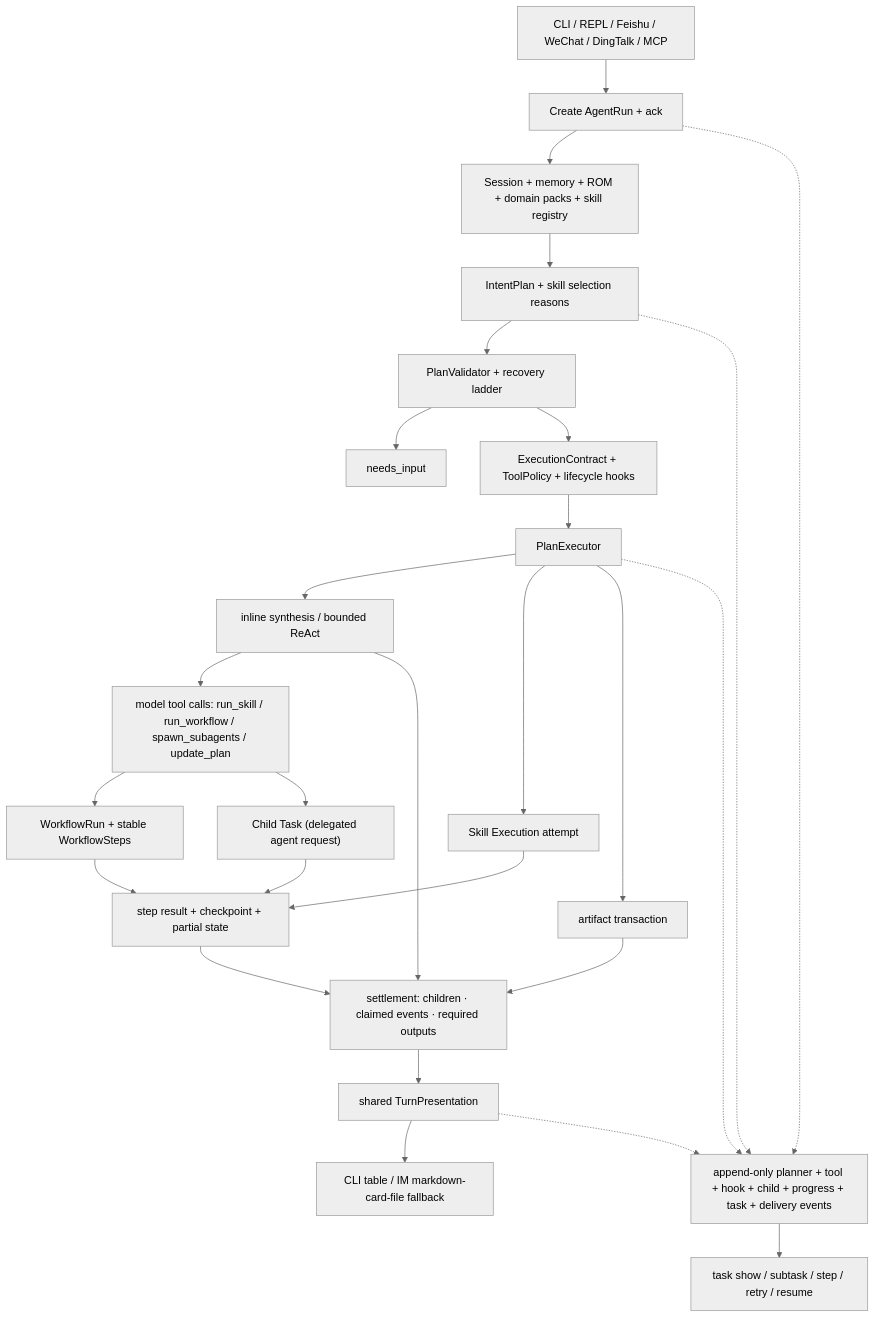
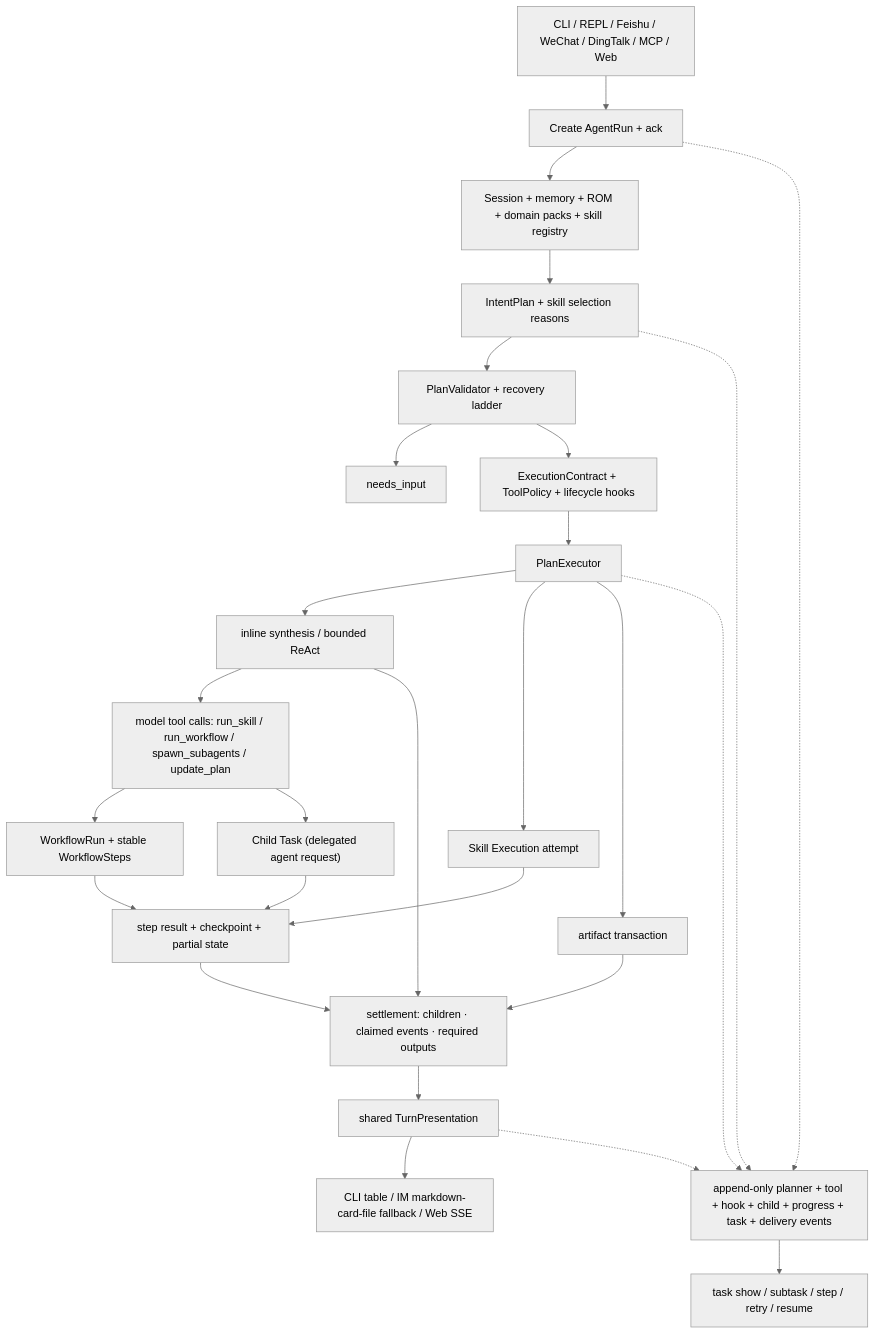
Before and after one commit to tsinghua-fib-lab/OmniScientist-V2: the first of 2 diagrams in cli/docs/architecture.md, drawn with Mermaid (neutral theme). The commit also changed other lines of this file and 358 other files, not shown here.

````diff
--- a/cli/docs/architecture.md
+++ b/cli/docs/architecture.md
@@ -46,29 +47,29 @@
 ```mermaid
 flowchart TD
-  User["CLI / REPL / Feishu / WeChat / DingTalk / MCP"] --> Run["Create AgentRun + ack"]
+  User["CLI / REPL / Feishu / WeChat / DingTalk / MCP / Web"] --> Run["Create AgentRun + ack"]
   Run --> Context["Session + memory + ROM + domain packs + skill registry"]
   Context --> Plan["IntentPlan + skill selection reasons"]
   Plan --> Validate["PlanValidator + recovery ladder"]
   Validate --> Input["needs_input"]
   Validate --> Contract["ExecutionContract + ToolPolicy + lifecycle hooks"]
   Contract --> Execute["PlanExecutor"]
   Execute --> Inline["inline synthesis / bounded ReAct"]
   Execute --> SkillExec["Skill Execution attempt"]
   Execute --> Artifact["artifact transaction"]
   Inline --> Tools["model tool calls: run_skill / run_workflow / spawn_subagents / update_plan"]
   Tools --> DAG["WorkflowRun + stable WorkflowSteps"]
   Tools --> Delegated["Child Task (delegated agent request)"]
   DAG --> Checkpoint["step result + checkpoint + partial state"]
   SkillExec --> Checkpoint
   Delegated --> Checkpoint
   Checkpoint --> Settle["settlement: children · claimed events · required outputs"]
   Inline --> Settle
   Artifact --> Settle
   Settle --> Present["shared TurnPresentation"]
-  Present --> Render["CLI table / IM markdown-card-file fallback"]
+  Present --> Render["CLI table / IM markdown-card-file fallback / Web SSE"]
   Run -.-> Events["append-only planner + tool + hook + child + progress + task + delivery events"]
   Plan -.-> Events
   Execute -.-> Events
   Present -.-> Events
   Events --> Inspect["task show / subtask / step / retry / resume"]
 ```
````
